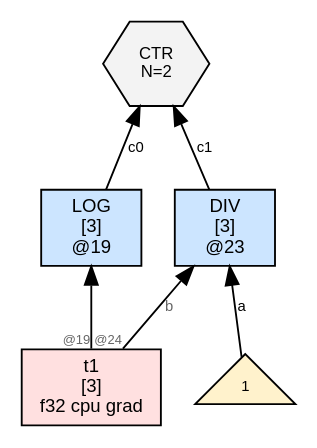
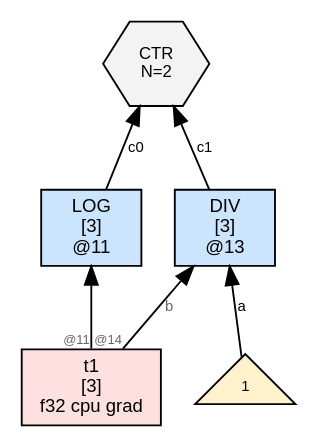
Before and after one commit to sw1sh/TinyHVM: the diagram in wl/examples/thvm_graphs/grad_rules/log/thvm_2_post_sweep.dot, drawn with Graphviz. The commit also changed 210 other files, not shown here.

```diff
--- a/wl/examples/thvm_graphs/grad_rules/log/thvm_2_post_sweep.dot
+++ b/wl/examples/thvm_graphs/grad_rules/log/thvm_2_post_sweep.dot
@@ -1,16 +1,16 @@
 digraph G {
   rankdir=BT;
   node [fontname="Helvetica", fontsize=10, style=filled, shape=box, margin="0.1,0.05"];
   edge [fontsize=8, fontname="Helvetica"];
 
-  n19 [label="LOG\n[3]\n@19", shape=box, fillcolor="#cce5ff"];
+  n11 [label="LOG\n[3]\n@11", shape=box, fillcolor="#cce5ff"];
   t1 [label="t1\n[3]\nf32 cpu grad",shape=box,fillcolor="#ffe0e0"];
-  t1 -> n19 [label="",taillabel="@19",labelfontsize=7,fontcolor="#666666"];
-  n23 [label="DIV\n[3]\n@23", shape=box, fillcolor="#cce5ff"];
-  num23_0 [label="1",shape=triangle,fillcolor="#fff2cc",fontsize=8];
-  num23_0 -> n23 [label="a"];
-  t1 -> n23 [label="b",taillabel="@24",labelfontsize=7,fontcolor="#666666"];
-  ctr17 [label="CTR\nN=2", shape=hexagon, fillcolor="#f3f3f3", fontsize=9];
-  n19 -> ctr17 [label="c0"];
-  n23 -> ctr17 [label="c1"];
+  t1 -> n11 [label="",taillabel="@11",labelfontsize=7,fontcolor="#666666"];
+  n13 [label="DIV\n[3]\n@13", shape=box, fillcolor="#cce5ff"];
+  num13_0 [label="1",shape=triangle,fillcolor="#fff2cc",fontsize=8];
+  num13_0 -> n13 [label="a"];
+  t1 -> n13 [label="b",taillabel="@14",labelfontsize=7,fontcolor="#666666"];
+  ctr6 [label="CTR\nN=2", shape=hexagon, fillcolor="#f3f3f3", fontsize=9];
+  n11 -> ctr6 [label="c0"];
+  n13 -> ctr6 [label="c1"];
 }
```
